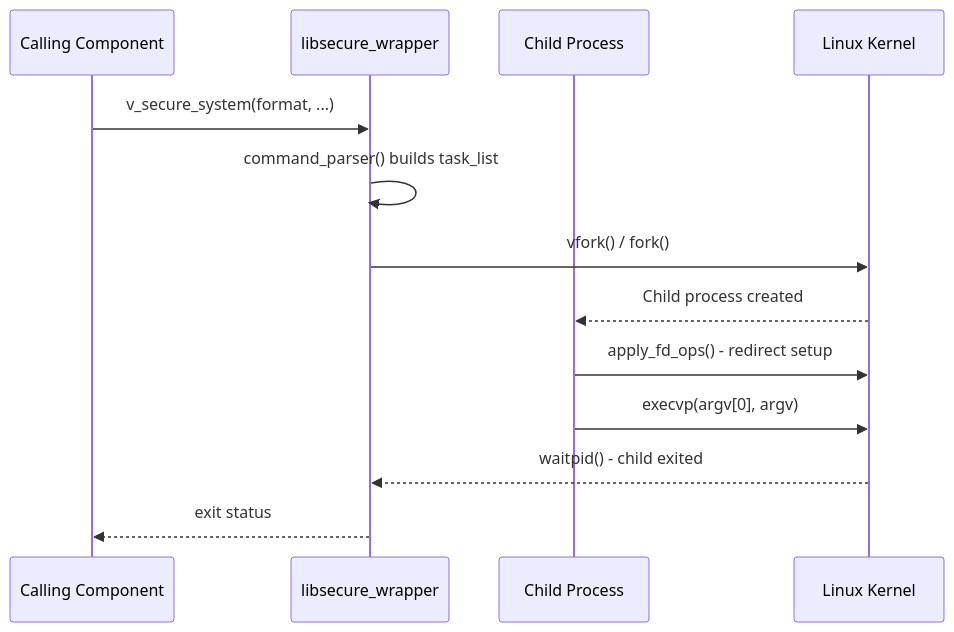
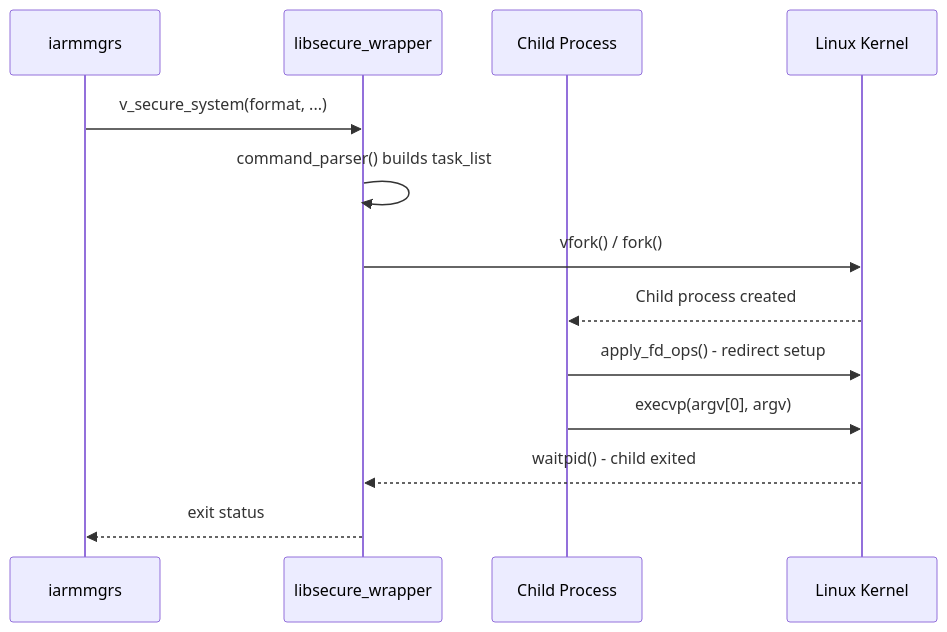
One commit to rns21/RDK_Documentation changed the sixth of 7 diagrams in docs/docu/RDKV-Documentations/libsyscallwrapper.md. Above: the diagram before and after it, drawn with Mermaid. The commit also changed other lines of this file, not shown here.

````diff
--- a/docs/docu/RDKV-Documentations/libsyscallwrapper.md
+++ b/docs/docu/RDKV-Documentations/libsyscallwrapper.md
@@ -268,16 +259,16 @@
 ```mermaid
 sequenceDiagram
-    participant Caller as Calling Component
+    participant Caller as iarmmgrs
     participant Lib as libsecure_wrapper
     participant Child as Child Process
     participant OS as Linux Kernel
 
     Caller->>Lib: v_secure_system(format, ...)
     Lib->>Lib: command_parser() builds task_list
     Lib->>OS: vfork() / fork()
     OS-->>Child: Child process created
     Child->>OS: apply_fd_ops() - redirect setup
     Child->>OS: execvp(argv[0], argv)
     OS-->>Lib: waitpid() - child exited
     Lib-->>Caller: exit status
 ```
````
